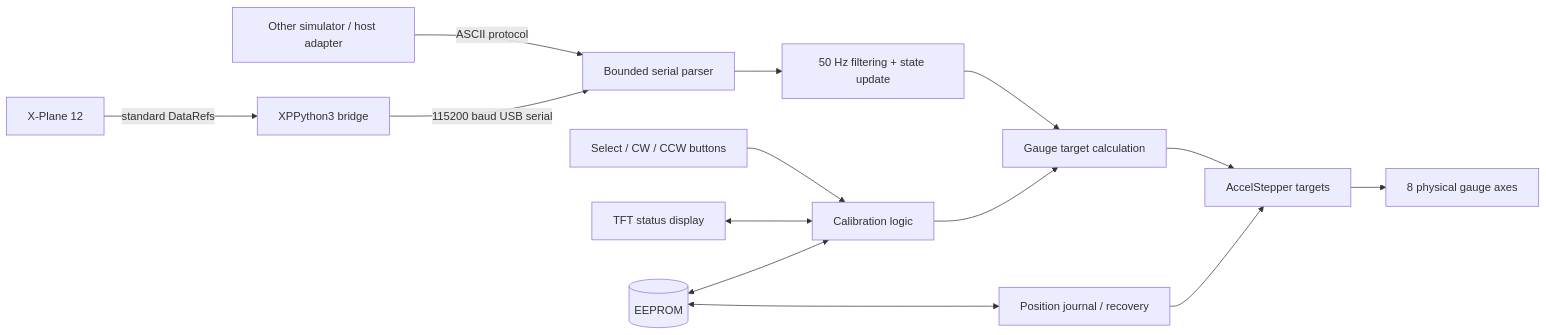
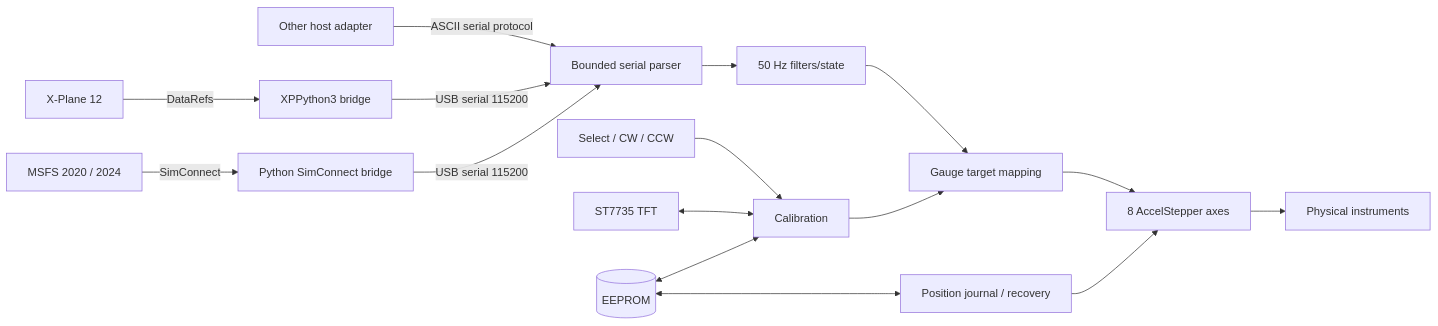
The diagram in README.md (sarollahi/CockpitGaugeController), drawn with Mermaid before and after one commit. The commit also changed other lines of this file, not shown here.

Commit message:
Document first-party MSFS SimConnect integration

````diff
--- a/README.md
+++ b/README.md
@@ -56,16 +70,20 @@
 ```mermaid
 flowchart LR
-    XP[X-Plane 12] -->|standard DataRefs| BRIDGE[XPPython3 bridge]
-    OTHER[Other simulator / host adapter] -->|ASCII protocol| RX[Bounded serial parser]
-    BRIDGE -->|115200 baud USB serial| RX
-    BTN[Select / CW / CCW buttons] --> CAL[Calibration logic]
-    TFT[TFT status display] <--> CAL
-    RX --> FILTER[50 Hz filtering + state update]
-    FILTER --> TARGET[Gauge target calculation]
+    XP[X-Plane 12] -->|DataRefs| XPB[XPPython3 bridge]
+    MS[MSFS 2020 / 2024] -->|SimConnect| MSB[Python SimConnect bridge]
+    OTHER[Other host adapter] -->|ASCII serial protocol| RX[Bounded serial parser]
+    XPB -->|USB serial 115200| RX
+    MSB -->|USB serial 115200| RX
+
+    BTN[Select / CW / CCW] --> CAL[Calibration]
+    TFT[ST7735 TFT] <--> CAL
+    RX --> FILTER[50 Hz filters/state]
+    FILTER --> TARGET[Gauge target mapping]
     CAL --> TARGET
-    TARGET --> MOTOR[AccelStepper targets]
-    MOTOR --> GAUGES[8 physical gauge axes]
+    TARGET --> MOTORS[8 AccelStepper axes]
+    MOTORS --> GAUGES[Physical instruments]
+
     EEPROM[(EEPROM)] <--> CAL
     EEPROM <--> POS[Position journal / recovery]
-    POS --> MOTOR
+    POS --> MOTORS
 ```
````
